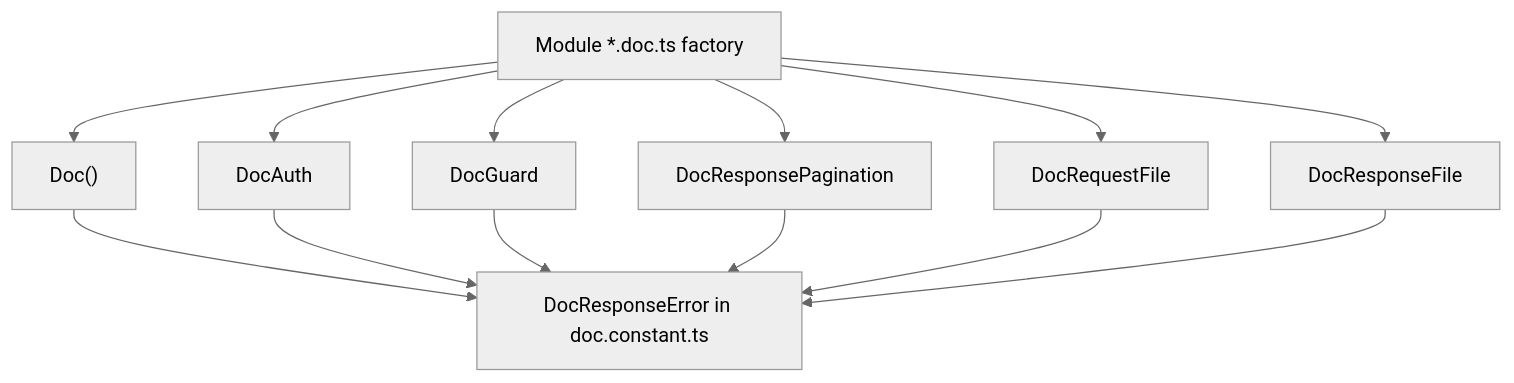
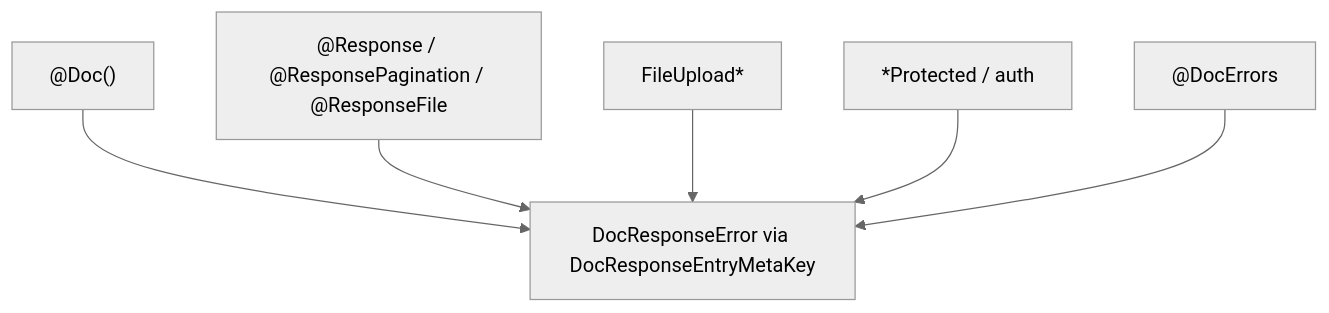
Before and after one commit to andrechristikan/ack-nestjs-boilerplate: the diagram in docs/doc.md, drawn with Mermaid (neutral theme). The commit also changed other lines of this file and 139 other files, not shown here.

````diff
--- a/docs/doc.md
+++ b/docs/doc.md
@@ -393,16 +207,13 @@
 ```mermaid
 flowchart TB
-    Factory["Module *.doc.ts factory"]
-    Factory --> DocPrim["Doc()"]
-    Factory --> Auth["DocAuth"]
-    Factory --> Guard["DocGuard"]
-    Factory --> Pag["DocResponsePagination"]
-    Factory --> FileUp["DocRequestFile"]
-    Factory --> FileDown["DocResponseFile"]
-    DocPrim --> Kit["DocResponseError in doc.constant.ts"]
-    Auth --> Kit
-    Guard --> Kit
-    Pag --> Kit
+    DocPrim["@Doc()"]
+    Resp["@Response / @ResponsePagination / @ResponseFile"]
+    FileUp["FileUpload*"]
+    Prot["*Protected / auth"]
+    OptIn["@DocErrors"]
+    DocPrim --> Kit["DocResponseError via DocResponseEntryMetaKey"]
+    Resp --> Kit
     FileUp --> Kit
-    FileDown --> Kit
+    Prot --> Kit
+    OptIn --> Kit
 ```
````
